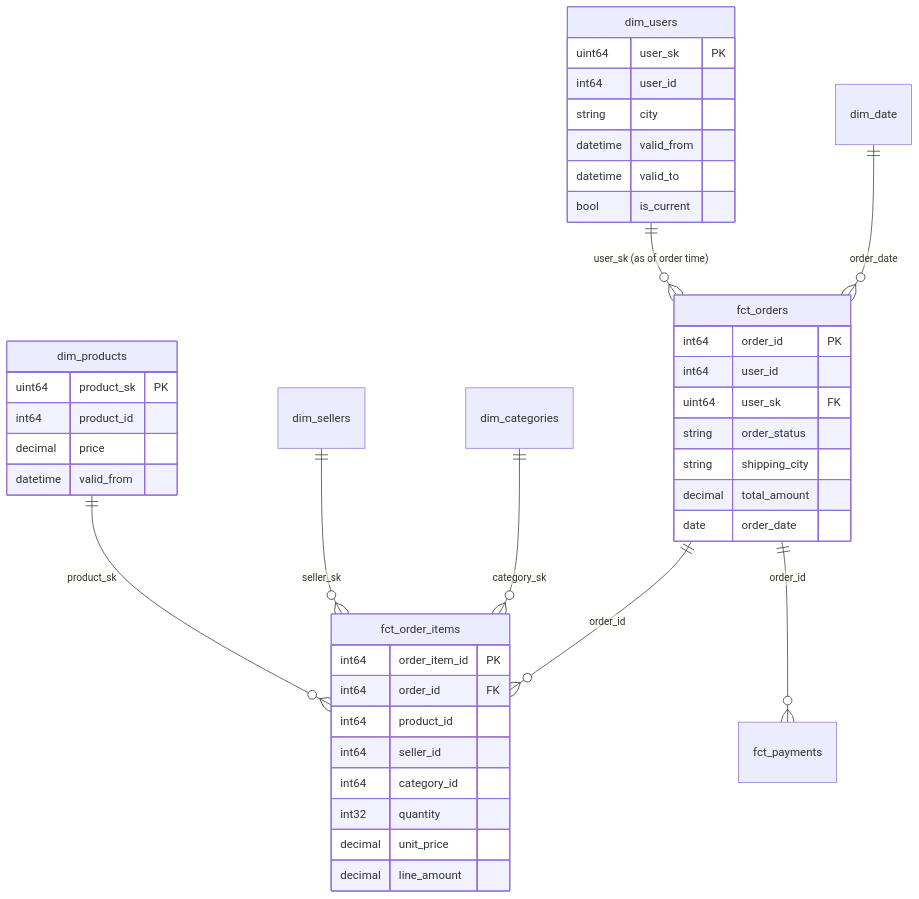
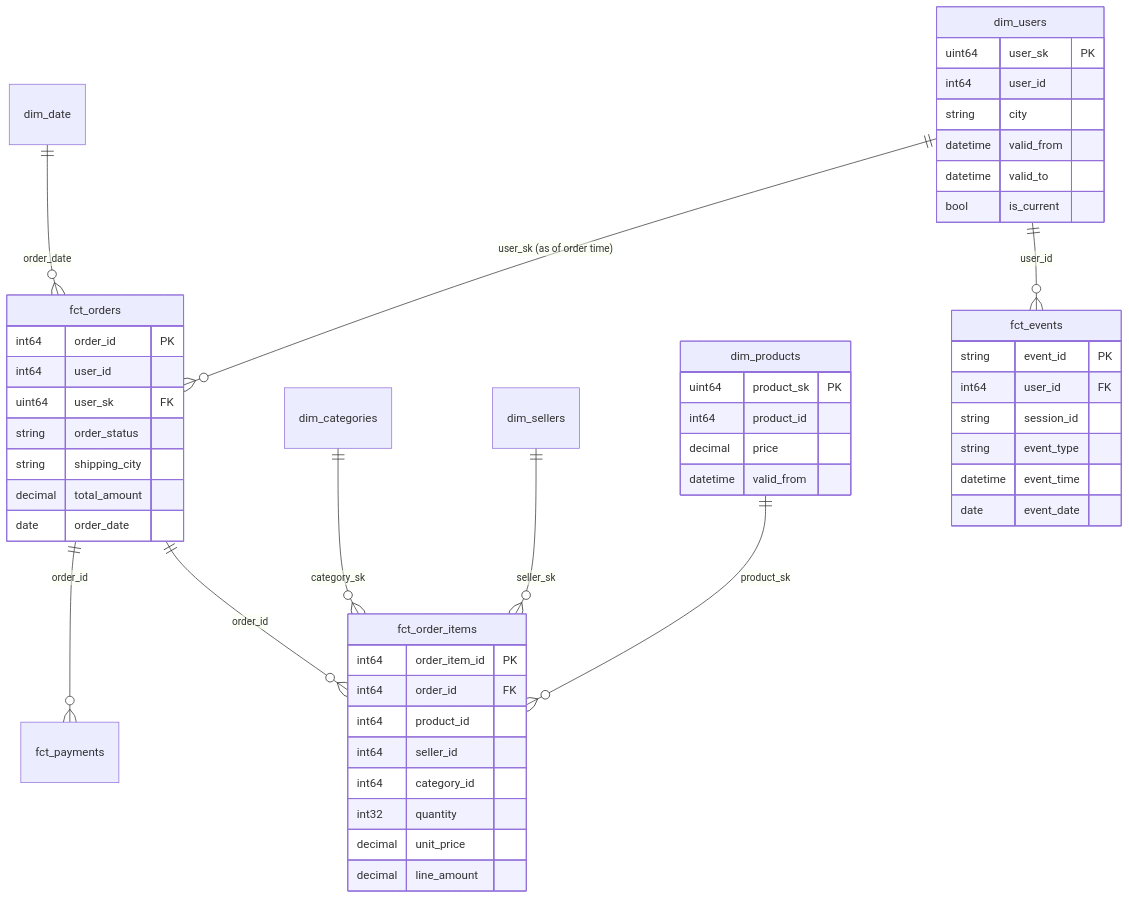
Before and after one commit to marknshoot/data-pipeline: the second of 2 diagrams in README.md, drawn with Mermaid. The commit also changed other lines of this file and 27 other files, not shown here.

````diff
--- a/README.md
+++ b/README.md
@@ -129,44 +140,53 @@
 ```mermaid
 erDiagram
     dim_users ||--o{ fct_orders : "user_sk (as of order time)"
     dim_products ||--o{ fct_order_items : "product_sk"
     dim_sellers ||--o{ fct_order_items : "seller_sk"
     dim_categories ||--o{ fct_order_items : "category_sk"
     dim_date ||--o{ fct_orders : "order_date"
     fct_orders ||--o{ fct_order_items : "order_id"
     fct_orders ||--o{ fct_payments : "order_id"
+    dim_users ||--o{ fct_events : "user_id"
 
     dim_users {
         uint64 user_sk PK
         int64 user_id
         string city
         datetime valid_from
         datetime valid_to
         bool is_current
     }
     dim_products {
         uint64 product_sk PK
         int64 product_id
         decimal price
         datetime valid_from
     }
     fct_orders {
         int64 order_id PK
         int64 user_id
         uint64 user_sk FK
         string order_status
         string shipping_city
         decimal total_amount
         date order_date
     }
     fct_order_items {
         int64 order_item_id PK
         int64 order_id FK
         int64 product_id
         int64 seller_id
         int64 category_id
         int32 quantity
         decimal unit_price
         decimal line_amount
     }
+    fct_events {
+        string event_id PK
+        int64 user_id FK
+        string session_id
+        string event_type
+        datetime event_time
+        date event_date
+    }
 ```
````
